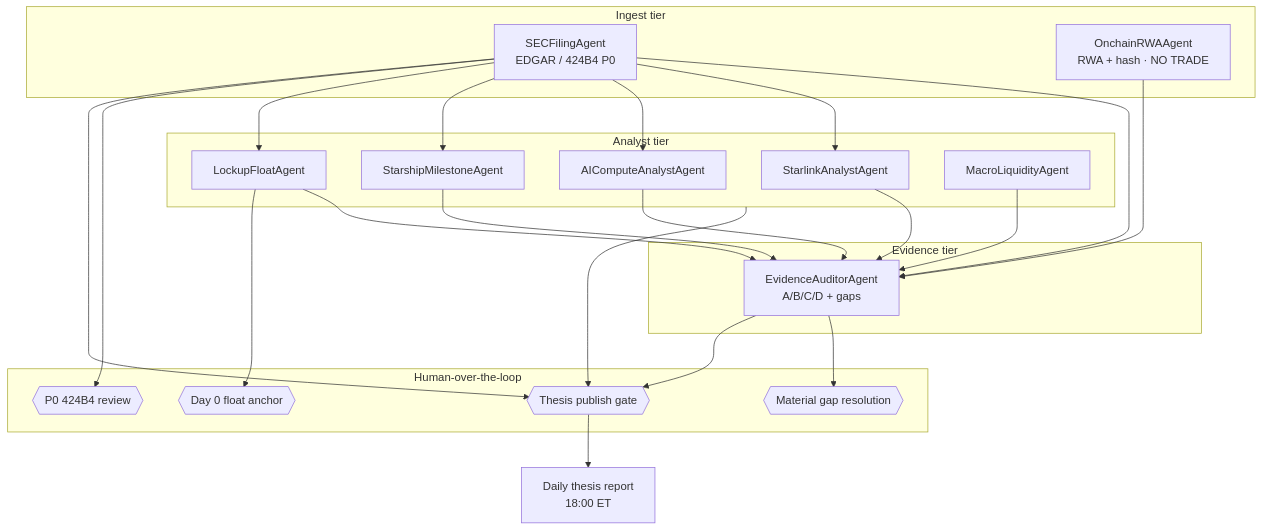
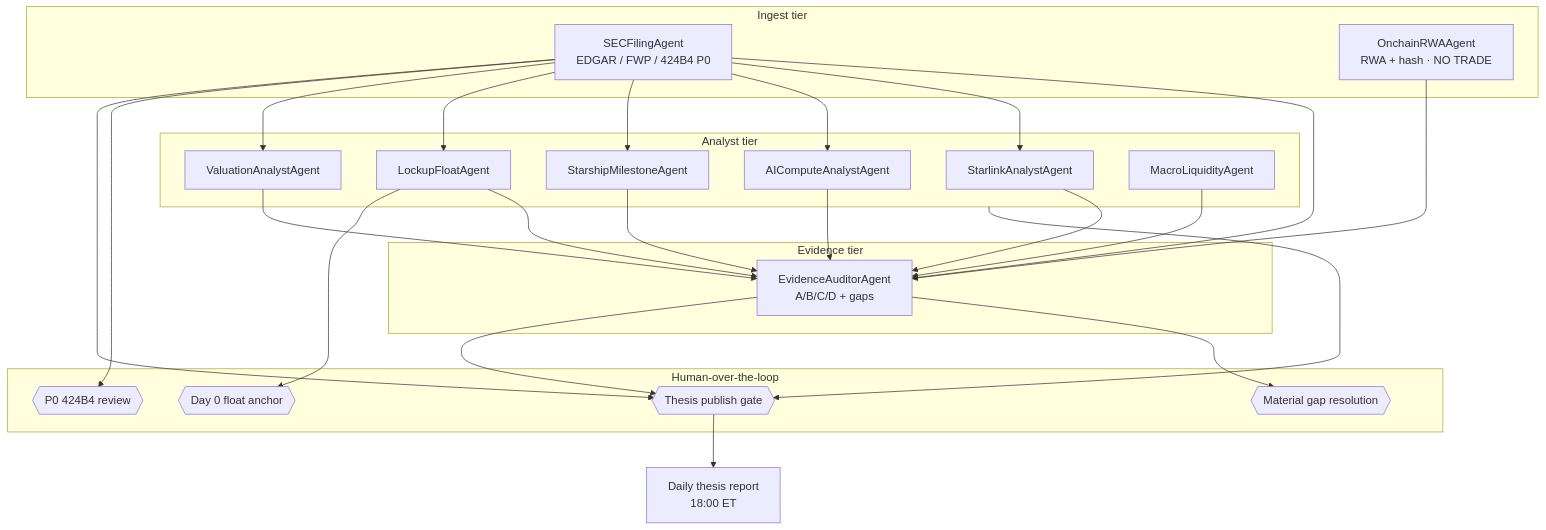
The diagram in docs/AGENTS.md (openjay/spacx-research), drawn with Mermaid before and after one commit. The commit also changed other lines of this file and 26 other files, not shown here.

Commit message:
feat: FWP watch, valuation schema alignment, runtime fixes (AI-native batch)

````diff
--- a/docs/AGENTS.md
+++ b/docs/AGENTS.md
@@ -20,36 +21,37 @@
 ```mermaid
 flowchart TB
   subgraph ingest["Ingest tier"]
-    SEC[SECFilingAgent<br/>EDGAR / 424B4 P0]
+    SEC[SECFilingAgent<br/>EDGAR / FWP / 424B4 P0]
     ONC[OnchainRWAAgent<br/>RWA + hash · NO TRADE]
   end
 
   subgraph grade["Evidence tier"]
     EVA[EvidenceAuditorAgent<br/>A/B/C/D + gaps]
   end
 
   subgraph analysts["Analyst tier"]
     STL[StarlinkAnalystAgent]
     AIC[AIComputeAnalystAgent]
     SHP[StarshipMilestoneAgent]
     LCK[LockupFloatAgent]
+    VAL[ValuationAnalystAgent]
     MAC[MacroLiquidityAgent]
   end
 
   subgraph human["Human-over-the-loop"]
     H1{{P0 424B4 review}}
     H2{{Material gap resolution}}
     H3{{Day 0 float anchor}}
     H4{{Thesis publish gate}}
   end
 
   SEC --> EVA
-  SEC --> STL & AIC & SHP & LCK
+  SEC --> STL & AIC & SHP & LCK & VAL
   ONC --> EVA
-  STL & AIC & SHP & LCK & MAC --> EVA
+  STL & AIC & SHP & LCK & VAL & MAC --> EVA
   EVA --> H2
   SEC --> H1
   LCK --> H3
   EVA & SEC & analysts --> H4
   H4 --> RPT[Daily thesis report<br/>18:00 ET]
 ```
````
